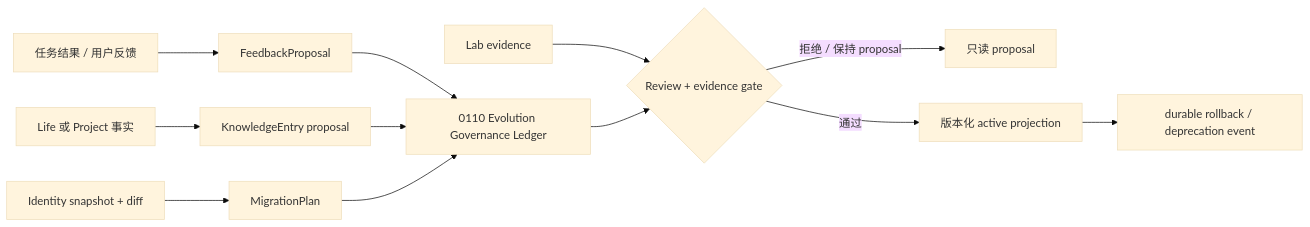
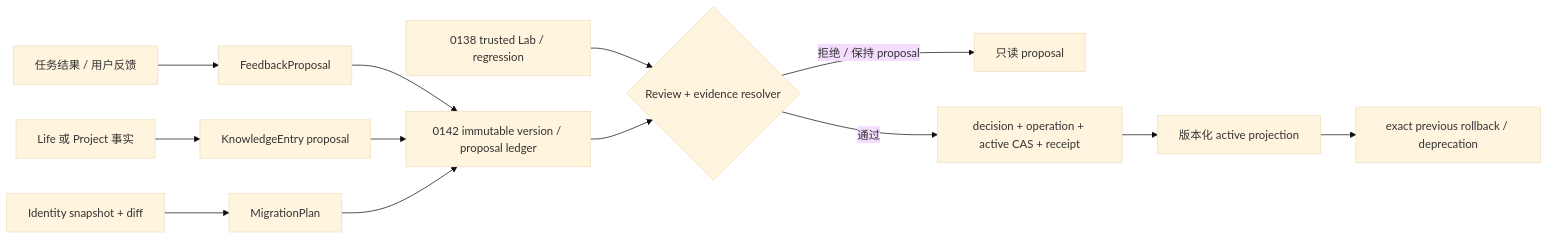
One commit to SakuraYoruno/Natsume_Ai changed diagram 30 of 60 in docs/50_project/arch/DATA_FLOW_ARCHITECTURE.md. Above: the diagram before and after it, drawn with Mermaid (base theme). The commit also changed other lines of this file and 69 other files, not shown here.

````diff
--- a/docs/50_project/arch/DATA_FLOW_ARCHITECTURE.md
+++ b/docs/50_project/arch/DATA_FLOW_ARCHITECTURE.md
@@ -928,14 +932,15 @@
 ```mermaid
 flowchart LR
     Outcome[任务结果 / 用户反馈] --> Feedback[FeedbackProposal]
     Fact[Life 或 Project 事实] --> Knowledge[KnowledgeEntry proposal]
     Snapshot[Identity snapshot + diff] --> Identity[MigrationPlan]
-    Feedback --> Ledger[0110 Evolution Governance Ledger]
+    Feedback --> Ledger[0142 immutable version / proposal ledger]
     Knowledge --> Ledger
     Identity --> Ledger
-    Lab[Lab evidence] --> Gate{Review + evidence gate}
+    Lab[0138 trusted Lab / regression] --> Gate{Review + evidence resolver}
     Ledger --> Gate
     Gate -->|拒绝 / 保持 proposal| Pending[只读 proposal]
-    Gate -->|通过| Active[版本化 active projection]
-    Active --> Rollback[durable rollback / deprecation event]
+    Gate -->|通过| UoW[decision + operation + active CAS + receipt]
+    UoW --> Active[版本化 active projection]
+    Active --> Rollback[exact previous rollback / deprecation]
 ```
````
